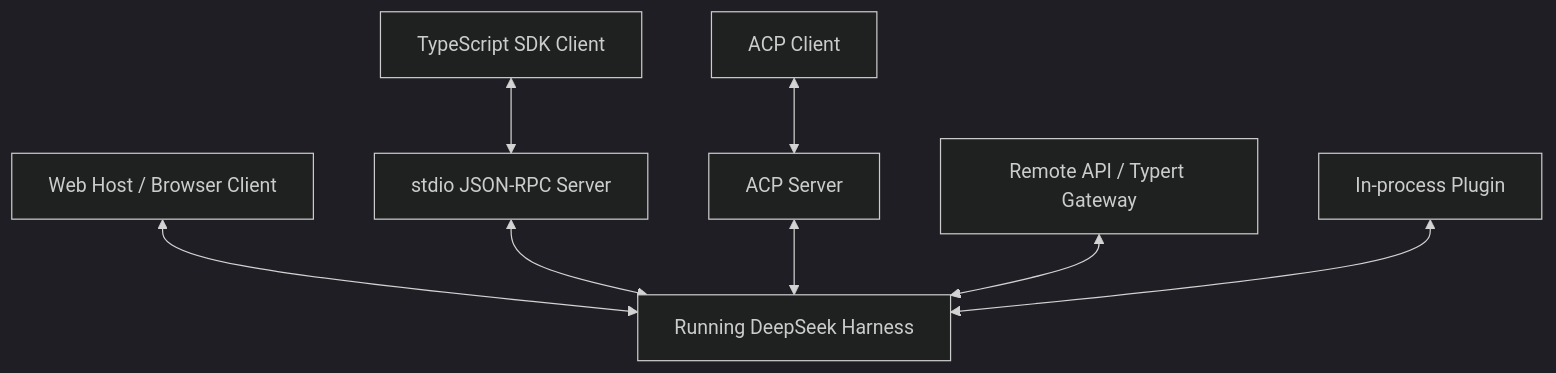
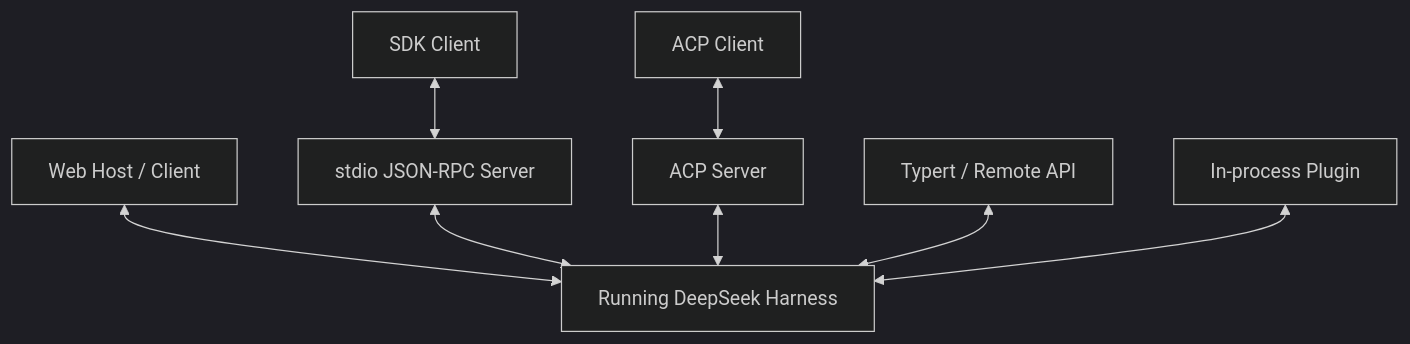
The first of 3 diagrams in docs/deepseek/integration-surfaces.md (indigofeather/harness-book), drawn with Mermaid (dark theme) before and after one commit. The commit also changed other lines of this file and 48 other files, not shown here.

````diff
--- a/docs/deepseek/integration-surfaces.md
+++ b/docs/deepseek/integration-surfaces.md
@@ -28,12 +22,11 @@
 ```mermaid
 flowchart TB
   R[Running DeepSeek Harness]
-
-  WEB[Web Host / Browser Client] <--> R
-  SDK[TypeScript SDK Client] <--> RPC[stdio JSON-RPC Server]
+  W[Web Host / Client] <--> R
+  SDK[SDK Client] <--> RPC[stdio JSON-RPC Server]
   RPC <--> R
   ACP[ACP Client] <--> AS[ACP Server]
   AS <--> R
-  API[Remote API / Typert Gateway] <--> R
-  PLUG[In-process Plugin] <--> R
+  API[Typert / Remote API] <--> R
+  P[In-process Plugin] <--> R
 ```
````
